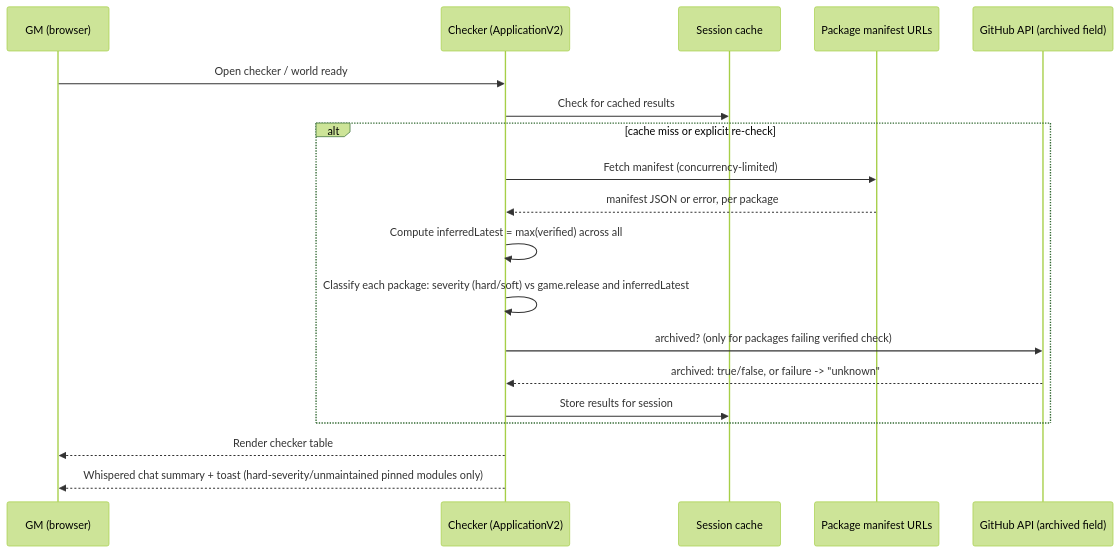
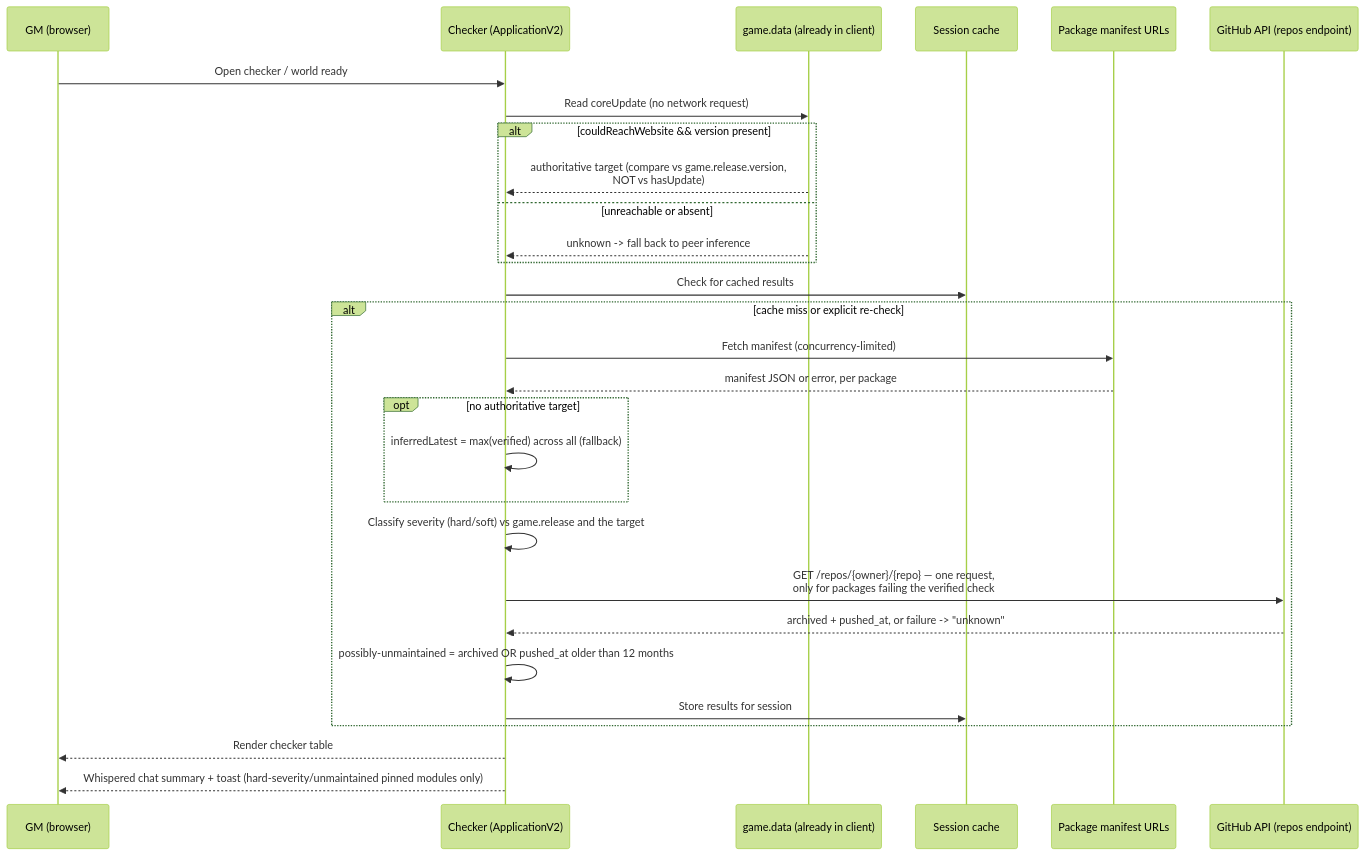
One commit to jonstump/the-plugin-plugin changed the diagram in docs/openspec/specs/compatibility-checker/design.md. Above: the diagram before and after it, drawn with Mermaid (forest theme). The commit also changed other lines of this file and 3 other files, not shown here.

````diff
--- a/docs/openspec/specs/compatibility-checker/design.md
+++ b/docs/openspec/specs/compatibility-checker/design.md
@@ -131,22 +198,32 @@
 ```mermaid
 sequenceDiagram
     participant GM as GM (browser)
     participant App as Checker (ApplicationV2)
+    participant FD as game.data (already in client)
     participant Cache as Session cache
     participant Pkg as Package manifest URLs
-    participant GH as GitHub API (archived field)
+    participant GH as GitHub API (repos endpoint)
 
     GM->>App: Open checker / world ready
+    App->>FD: Read coreUpdate (no network request)
+    alt couldReachWebsite && version present
+        FD-->>App: authoritative target (compare vs game.release.version,<br/>NOT vs hasUpdate)
+    else unreachable or absent
+        FD-->>App: unknown -> fall back to peer inference
+    end
     App->>Cache: Check for cached results
     alt cache miss or explicit re-check
         App->>Pkg: Fetch manifest (concurrency-limited)
         Pkg-->>App: manifest JSON or error, per package
-        App->>App: Compute inferredLatest = max(verified) across all
-        App->>App: Classify each package: severity (hard/soft) vs game.release and inferredLatest
-        App->>GH: archived? (only for packages failing verified check)
-        GH-->>App: archived: true/false, or failure -> "unknown"
+        opt no authoritative target
+            App->>App: inferredLatest = max(verified) across all (fallback)
+        end
+        App->>App: Classify severity (hard/soft) vs game.release and the target
+        App->>GH: GET /repos/{owner}/{repo} — one request,<br/>only for packages failing the verified check
+        GH-->>App: archived + pushed_at, or failure -> "unknown"
+        App->>App: possibly-unmaintained = archived OR pushed_at older than 12 months
         App->>Cache: Store results for session
     end
     App-->>GM: Render checker table
     App-->>GM: Whispered chat summary + toast (hard-severity/unmaintained pinned modules only)
 ```
````
